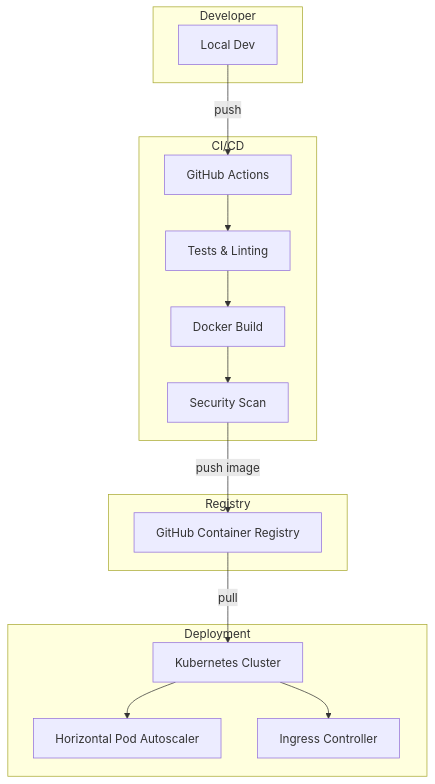
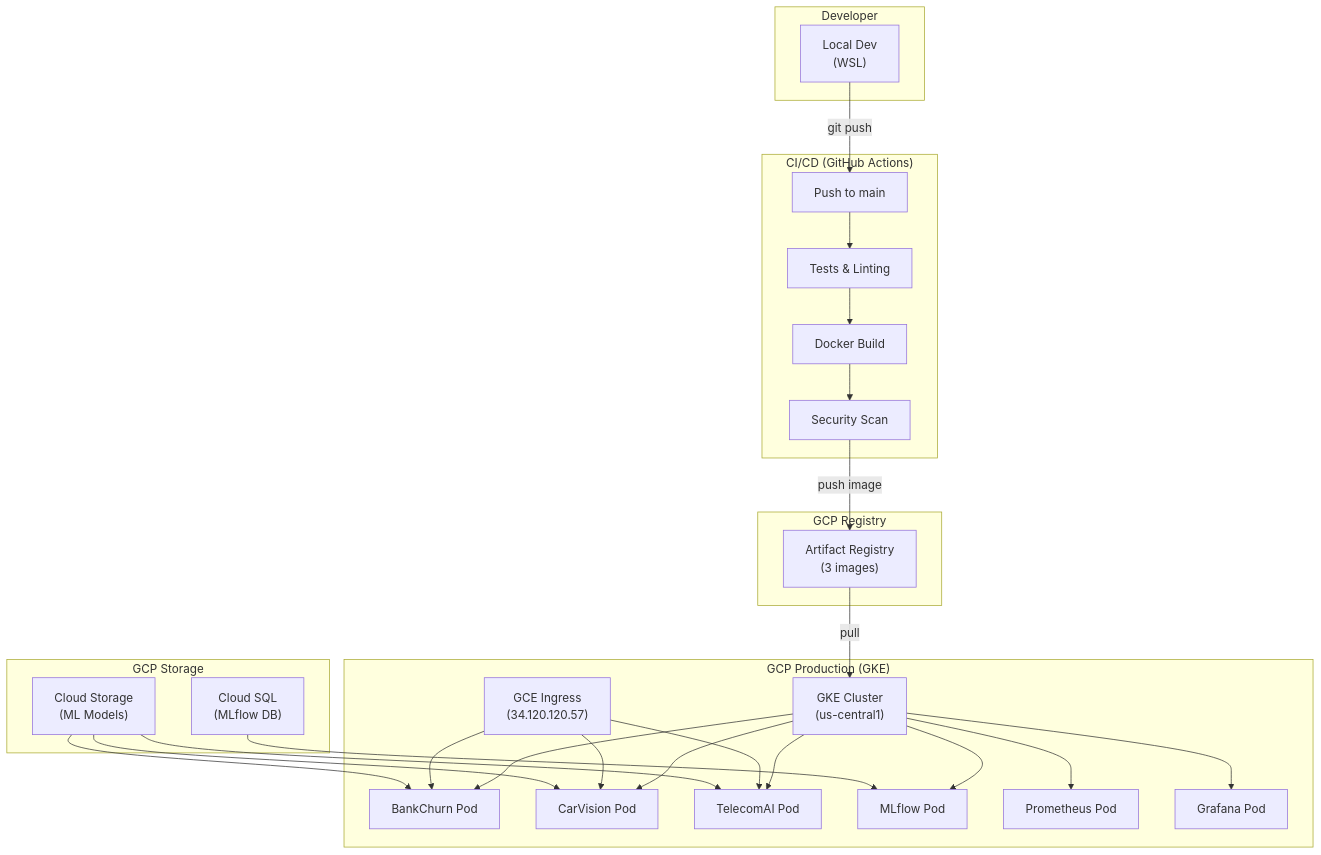
One commit to DuqueOM/ML-MLOps-Portfolio changed the fifth of 5 diagrams in docs/architecture/overview.md. Above: the diagram before and after it, drawn with Mermaid. The commit also changed other lines of this file and 30 other files, not shown here.

````diff
--- a/docs/architecture/overview.md
+++ b/docs/architecture/overview.md
@@ -208,32 +208,53 @@
 ```mermaid
 graph TB
     subgraph "Developer"
-        DEV["Local Dev"]
+        DEV["Local Dev<br/>(WSL)"]
     end
 
-    subgraph "CI/CD"
-        GH["GitHub Actions"]
+    subgraph "CI/CD (GitHub Actions)"
+        GH["Push to main"]
         TEST["Tests & Linting"]
         BUILD["Docker Build"]
         SCAN["Security Scan"]
     end
 
-    subgraph "Registry"
-        GHCR["GitHub Container Registry"]
+    subgraph "GCP Registry"
+        AR["Artifact Registry<br/>(3 images)"]
     end
 
-    subgraph "Deployment"
-        K8S["Kubernetes Cluster"]
-        HPA["Horizontal Pod Autoscaler"]
-        ING["Ingress Controller"]
+    subgraph "GCP Production (GKE)"
+        K8S["GKE Cluster<br/>(us-central1)"]
+        BC["BankChurn Pod"]
+        CV["CarVision Pod"]
+        TC["TelecomAI Pod"]
+        MLF["MLflow Pod"]
+        PROM["Prometheus Pod"]
+        GRAF["Grafana Pod"]
+        ING["GCE Ingress<br/>(34.120.120.57)"]
     end
 
-    DEV -->|push| GH
+    subgraph "GCP Storage"
+        GCS["Cloud Storage<br/>(ML Models)"]
+        SQL["Cloud SQL<br/>(MLflow DB)"]
+    end
+
+    DEV -->|git push| GH
     GH --> TEST
     TEST --> BUILD
     BUILD --> SCAN
-    SCAN -->|push image| GHCR
-    GHCR -->|pull| K8S
-    K8S --> HPA
-    K8S --> ING
+    SCAN -->|push image| AR
+    AR -->|pull| K8S
+    K8S --> BC
+    K8S --> CV
+    K8S --> TC
+    K8S --> MLF
+    K8S --> PROM
+    K8S --> GRAF
+    ING --> BC
+    ING --> CV
+    ING --> TC
+    GCS --> BC
+    GCS --> CV
+    GCS --> TC
+    SQL --> MLF
 ```
````
